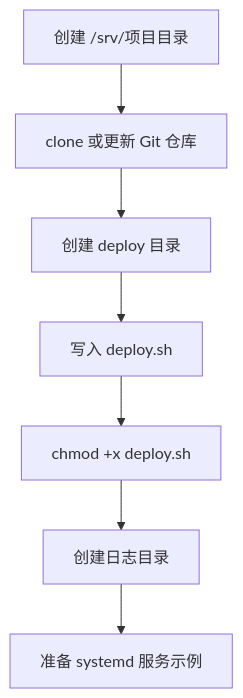
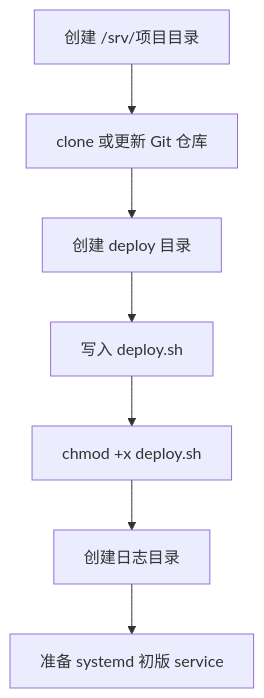
The third of 7 diagrams in docs/BEGINNER_DEPLOY_FLOW.zh-CN.md (jokerXueC/mini_deploy), drawn with Mermaid before and after one commit. The commit also changed other lines of this file and 9 other files, not shown here.

````diff
--- a/docs/BEGINNER_DEPLOY_FLOW.zh-CN.md
+++ b/docs/BEGINNER_DEPLOY_FLOW.zh-CN.md
@@ -314,9 +325,9 @@
 ```mermaid
 flowchart TD
     A[创建 /srv/项目目录] --> B[clone 或更新 Git 仓库]
     B --> C[创建 deploy 目录]
     C --> D[写入 deploy.sh]
     D --> E[chmod +x deploy.sh]
     E --> F[创建日志目录]
-    F --> G[准备 systemd 服务示例]
+    F --> G[准备 systemd 初版 service]
 ```
````
